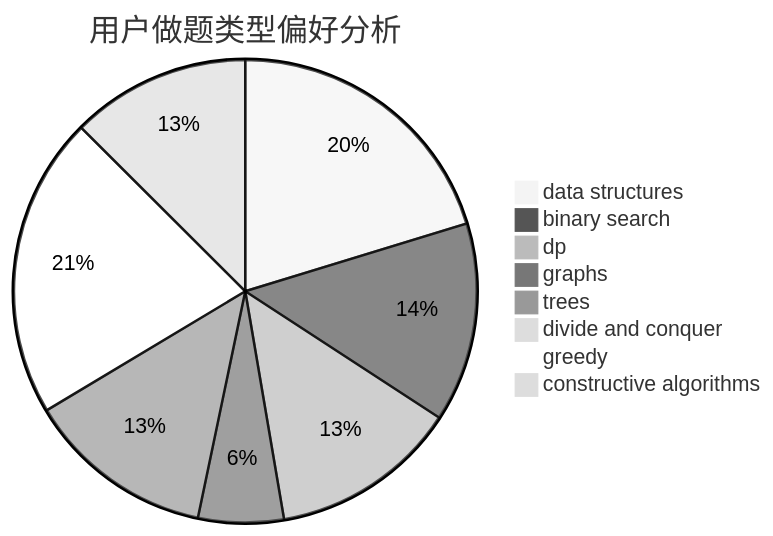
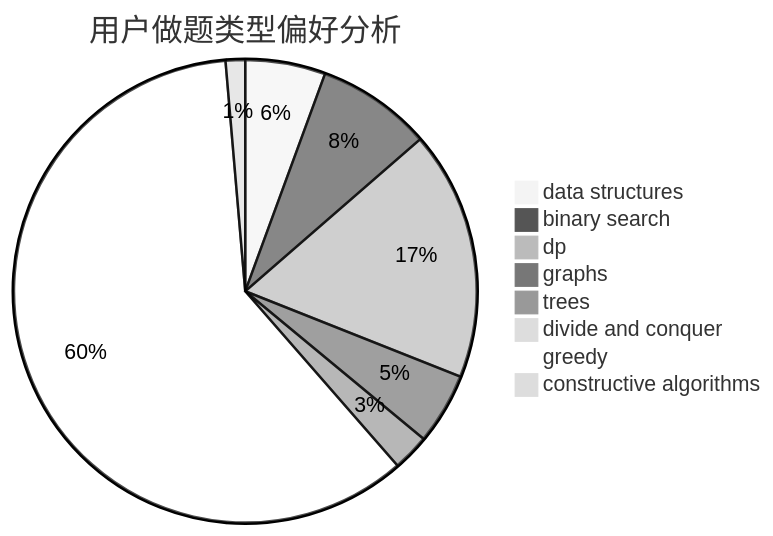
Before and after one commit to sherpahu/cfrs.github.io: the second of 3 diagrams in docs/user/u279.md, drawn with Mermaid (neutral theme). The commit also changed other lines of this file and 2770 other files, not shown here.

````diff
--- a/docs/user/u279.md
+++ b/docs/user/u279.md
@@ -23,11 +23,11 @@
 ```mermaid
 pie title 用户做题类型偏好分析
-    "data structures" :  102
-    "binary search" :  70
-    "dp" :  66
-    "graphs" :  30
-    "trees" :  66
+    "data structures" :  37
+    "binary search" :  53
+    "dp" :  115
+    "graphs" :  33
+    "trees" :  17
     "divide and conquer" :  0
-    "greedy" :  106
-    "constructive algorithms" :  63
+    "greedy" :  397
+    "constructive algorithms" :  9
 ```
````
